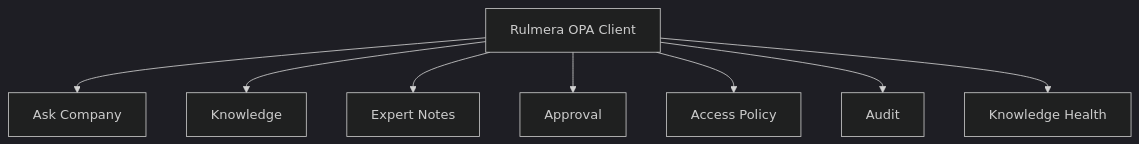
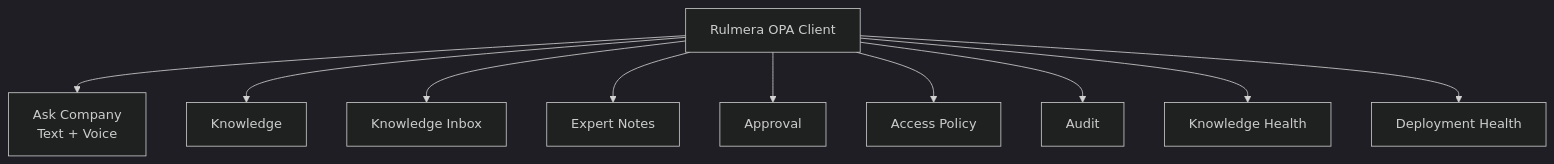
Before and after one commit to hori5000/Rulmera-OPA: the diagram in rulmera-enterprise-knowledge/20-설계/04-클라이언트-UI-설계.md, drawn with Mermaid (dark theme). The commit also changed other lines of this file and 38 other files, not shown here.

````diff
--- a/rulmera-enterprise-knowledge/20-설계/04-클라이언트-UI-설계.md
+++ b/rulmera-enterprise-knowledge/20-설계/04-클라이언트-UI-설계.md
@@ -9,11 +21,13 @@
 ```mermaid
 flowchart TB
   APP[Rulmera OPA Client]
-  APP --> ASK[Ask Company]
+  APP --> ASK[Ask Company<br/>Text + Voice]
   APP --> KNOW[Knowledge]
+  APP --> INBOX[Knowledge Inbox]
   APP --> NOTE[Expert Notes]
   APP --> APR[Approval]
   APP --> POLICY[Access Policy]
   APP --> AUDIT[Audit]
   APP --> ADMIN[Knowledge Health]
+  APP --> DEPLOY[Deployment Health]
 ```
````
